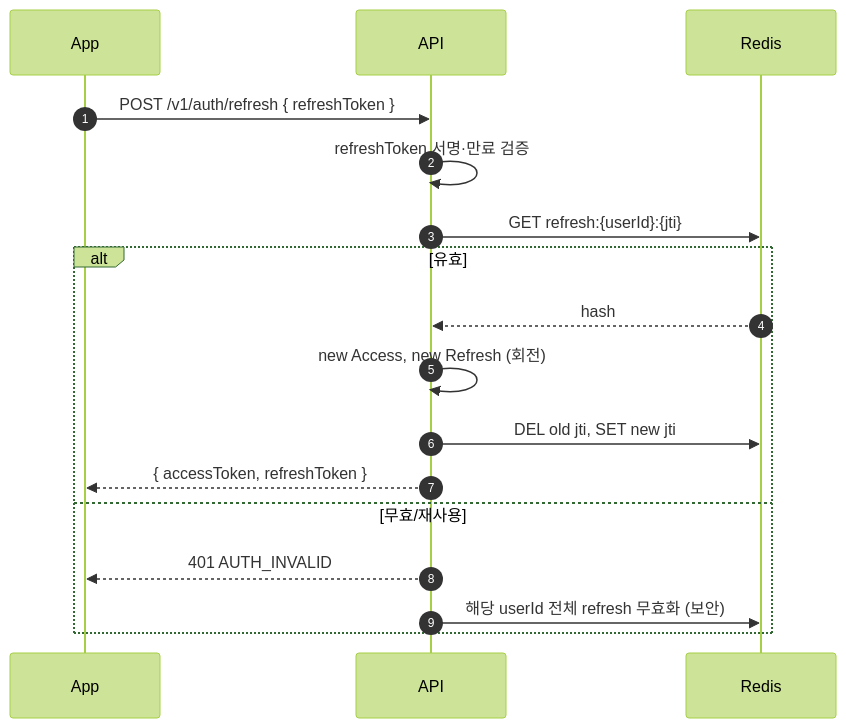
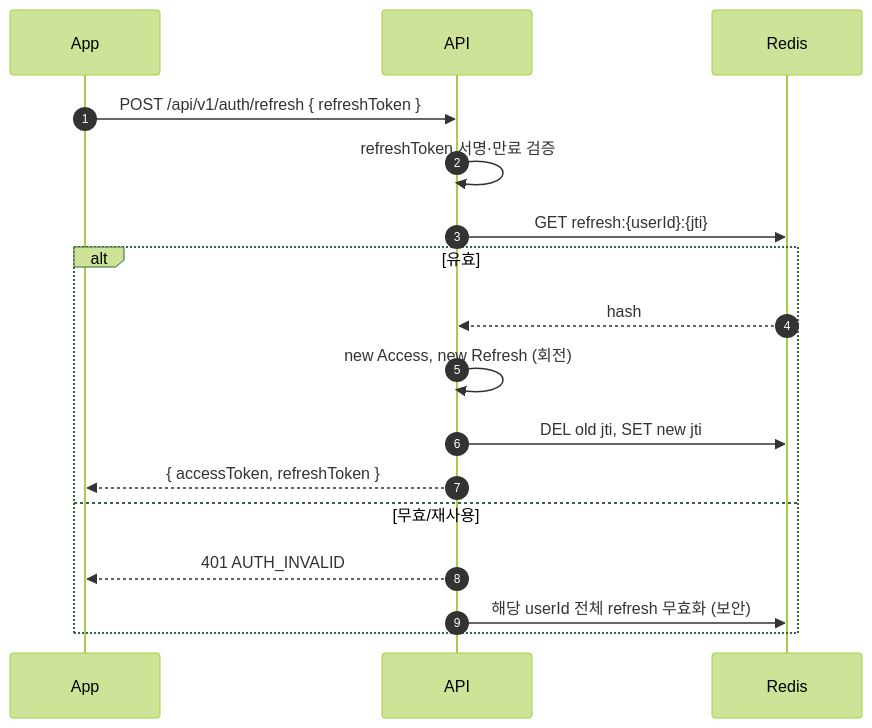
One commit to theo-ooooo/crimp changed the second of 3 diagrams in docs/설계/sequence/auth.md. Above: the diagram before and after it, drawn with Mermaid (forest theme). The commit also changed other lines of this file and 5 other files, not shown here.

````diff
--- a/docs/설계/sequence/auth.md
+++ b/docs/설계/sequence/auth.md
@@ -45,20 +45,20 @@
 ```mermaid
 sequenceDiagram
     autonumber
     participant App
     participant API
     participant Redis
 
-    App->>API: POST /v1/auth/refresh { refreshToken }
+    App->>API: POST /api/v1/auth/refresh { refreshToken }
     API->>API: refreshToken 서명·만료 검증
     API->>Redis: GET refresh:{userId}:{jti}
     alt 유효
         Redis-->>API: hash
         API->>API: new Access, new Refresh (회전)
         API->>Redis: DEL old jti, SET new jti
         API-->>App: { accessToken, refreshToken }
     else 무효/재사용
         API-->>App: 401 AUTH_INVALID
         API->>Redis: 해당 userId 전체 refresh 무효화 (보안)
     end
 ```
````
